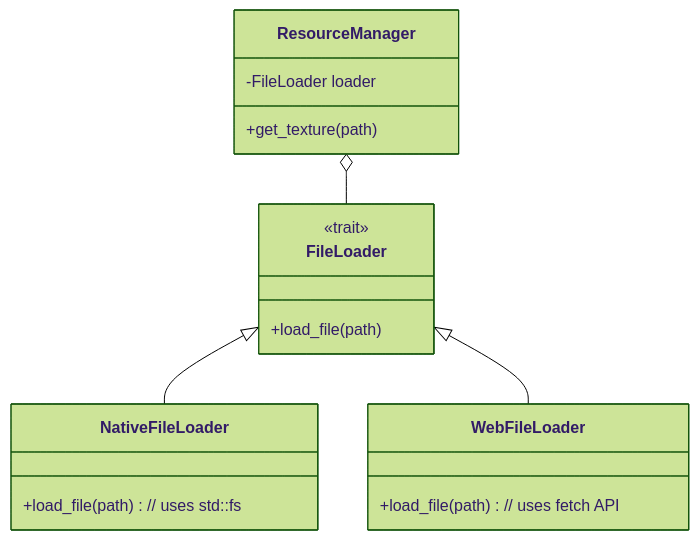
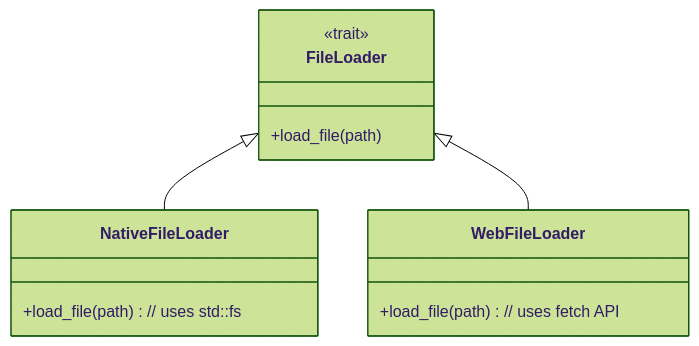
One commit to VoidedName/mono-repo changed the second of 2 diagrams in readme.asciidoc. Above: the diagram before and after it, drawn with Mermaid (forest theme). The commit also changed other lines of this file and 7 other files, not shown here.

Commit message:
+ let the llm cross link the files and it only broke two diagrams. did not check all links

```diff
--- a/readme.asciidoc
+++ b/readme.asciidoc
@@ -67,22 +67,17 @@
 [mermaid]
 ----
 classDiagram
     class FileLoader {
         <<trait>>
         +load_file(path)
     }
     class NativeFileLoader {
         +load_file(path) // uses std::fs
     }
     class WebFileLoader {
         +load_file(path) // uses fetch API
     }
-    class ResourceManager {
-        -FileLoader loader
-        +get_texture(path)
-    }
 
     FileLoader <|-- NativeFileLoader
     FileLoader <|-- WebFileLoader
-    ResourceManager o-- FileLoader
 ----
```
